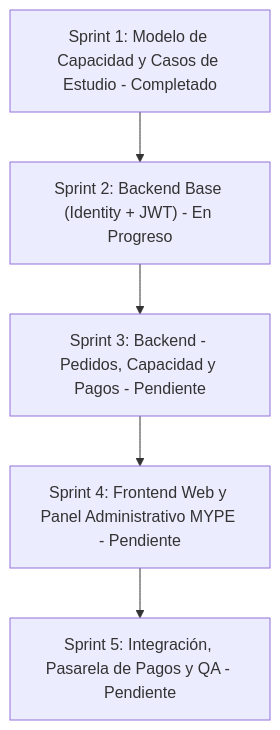
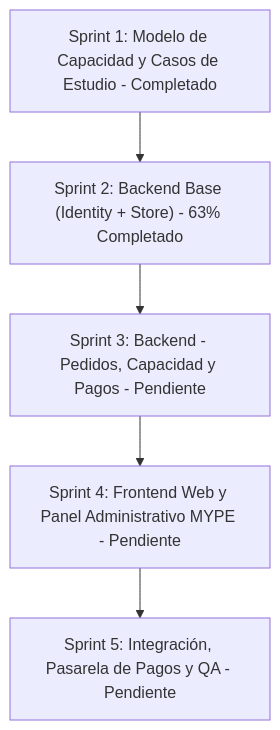
The second of 2 diagrams in README.md (iJosueeh/jaldishop), drawn with Mermaid before and after one commit. The commit also changed other lines of this file and 1 other file, not shown here.

````diff
--- a/README.md
+++ b/README.md
@@ -110,10 +112,10 @@
 ```mermaid
 flowchart TD
     S1["Sprint 1: Modelo de Capacidad y Casos de Estudio - Completado"]
-    S2["Sprint 2: Backend Base (Identity + JWT) - En Progreso"]
+    S2["Sprint 2: Backend Base (Identity + Store) - 63% Completado"]
     S3["Sprint 3: Backend - Pedidos, Capacidad y Pagos - Pendiente"]
     S4["Sprint 4: Frontend Web y Panel Administrativo MYPE - Pendiente"]
     S5["Sprint 5: Integración, Pasarela de Pagos y QA - Pendiente"]
 
     S1 --> S2 --> S3 --> S4 --> S5
 ```
````
